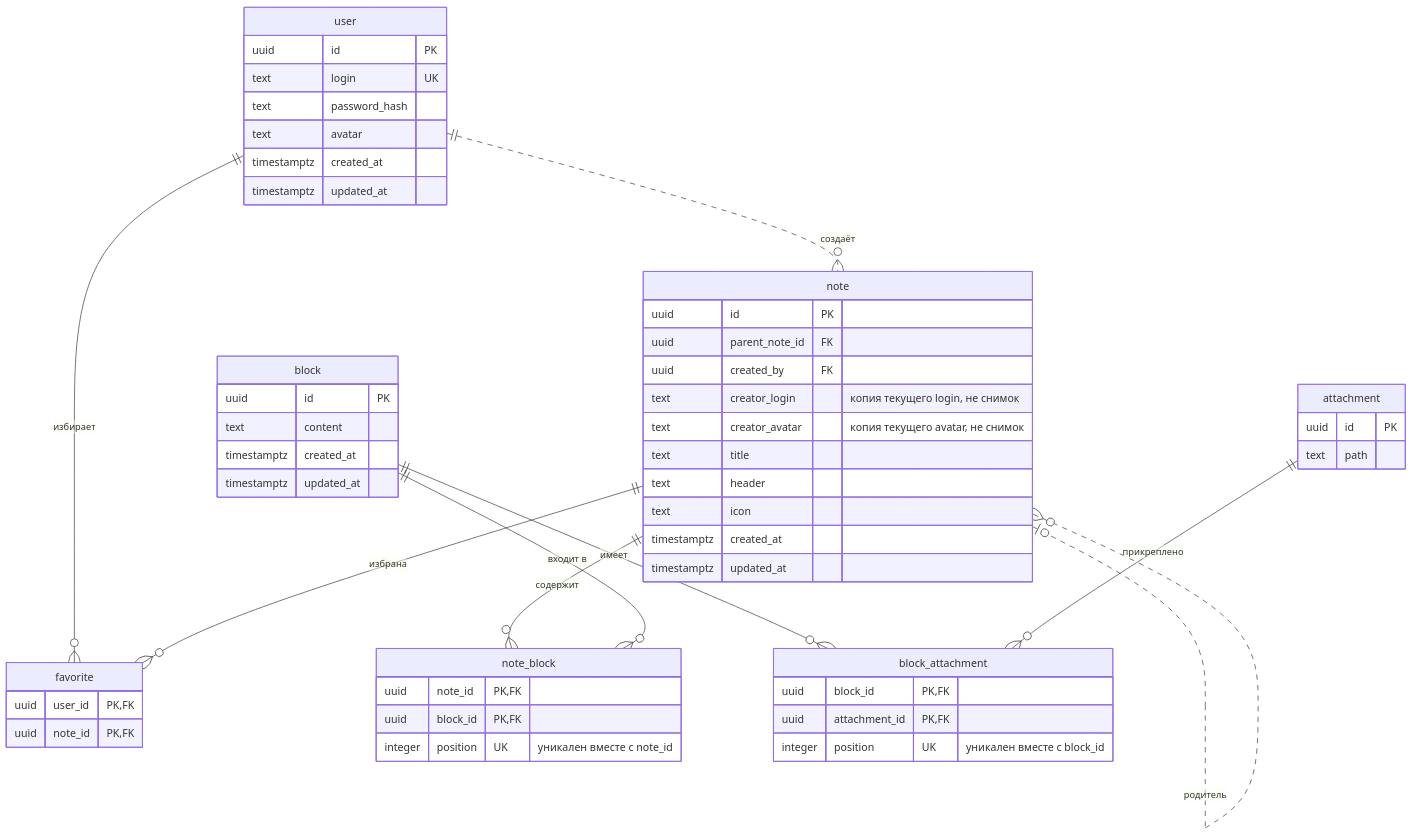
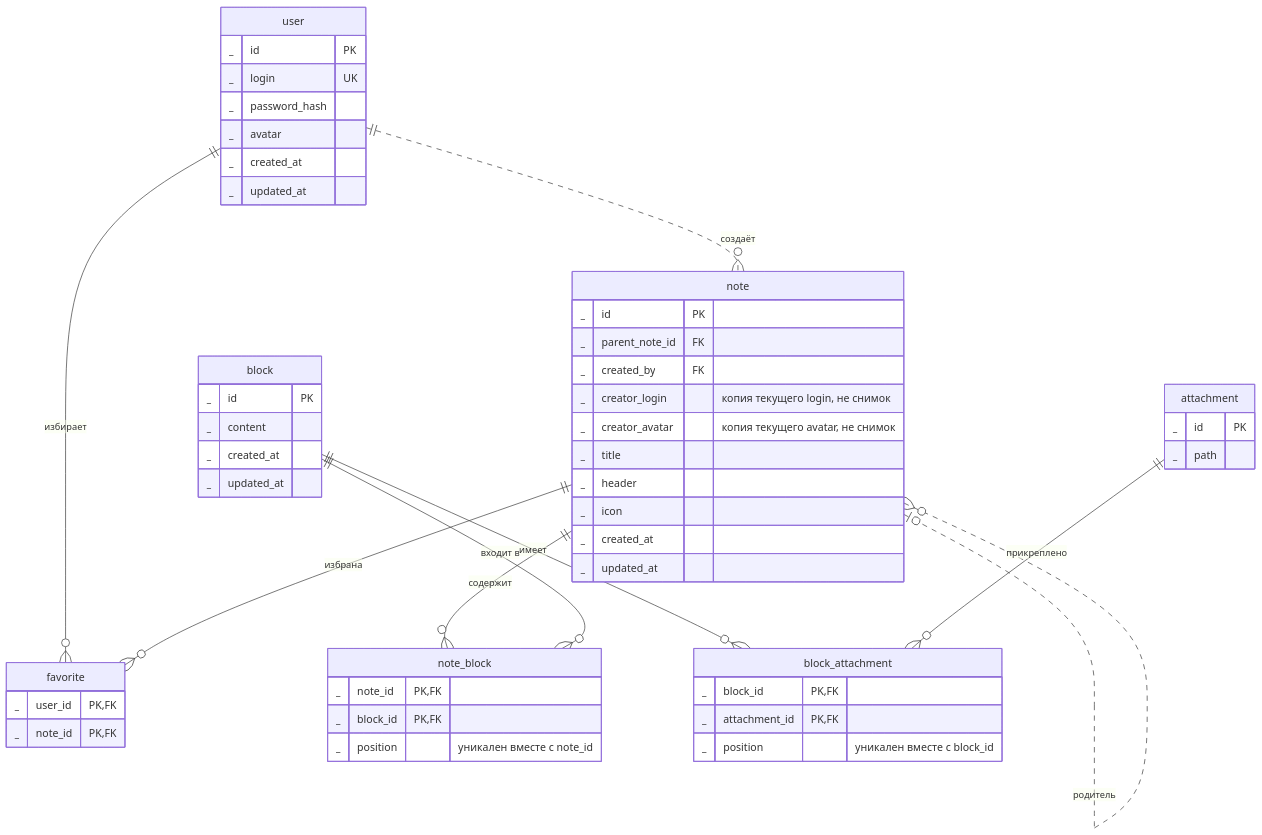
Before and after one commit to go-park-mail-ru/2026_2_BNN: the diagram in db/normalized/02_2NF.md, drawn with Mermaid. The commit also changed other lines of this file and 4 other files, not shown here.

````diff
--- a/db/normalized/02_2NF.md
+++ b/db/normalized/02_2NF.md
@@ -11,62 +13,62 @@
 ```mermaid
 erDiagram
     user ||..o{ note : "создаёт"
     note |o..o{ note : "родитель"
     user ||--o{ favorite : "избирает"
     note ||--o{ favorite : "избрана"
     note ||--o{ note_block : "содержит"
     block ||--o{ note_block : "входит в"
     block ||--o{ block_attachment : "имеет"
     attachment ||--o{ block_attachment : "прикреплено"
 
     user {
-        uuid id PK
-        text login UK
-        text password_hash
-        text avatar
-        timestamptz created_at
-        timestamptz updated_at
+        _ id PK
+        _ login UK
+        _ password_hash
+        _ avatar
+        _ created_at
+        _ updated_at
     }
 
     note {
-        uuid id PK
-        uuid parent_note_id FK
-        uuid created_by FK
-        text creator_login "копия текущего login, не снимок"
-        text creator_avatar "копия текущего avatar, не снимок"
-        text title
-        text header
-        text icon
-        timestamptz created_at
-        timestamptz updated_at
+        _ id PK
+        _ parent_note_id FK
+        _ created_by FK
+        _ creator_login "копия текущего login, не снимок"
+        _ creator_avatar "копия текущего avatar, не снимок"
+        _ title
+        _ header
+        _ icon
+        _ created_at
+        _ updated_at
     }
 
     favorite {
-        uuid user_id PK, FK
-        uuid note_id PK, FK
+        _ user_id PK, FK
+        _ note_id PK, FK
     }
 
     block {
-        uuid id PK
-        text content
-        timestamptz created_at
-        timestamptz updated_at
+        _ id PK
+        _ content
+        _ created_at
+        _ updated_at
     }
 
     note_block {
-        uuid note_id PK, FK
-        uuid block_id PK, FK
-        integer position UK "уникален вместе с note_id"
+        _ note_id PK, FK
+        _ block_id PK, FK
+        _ position "уникален вместе с note_id"
     }
 
     attachment {
-        uuid id PK
-        text path
+        _ id PK
+        _ path
     }
 
     block_attachment {
-        uuid block_id PK, FK
-        uuid attachment_id PK, FK
-        integer position UK "уникален вместе с block_id"
+        _ block_id PK, FK
+        _ attachment_id PK, FK
+        _ position "уникален вместе с block_id"
     }
 ```
````
